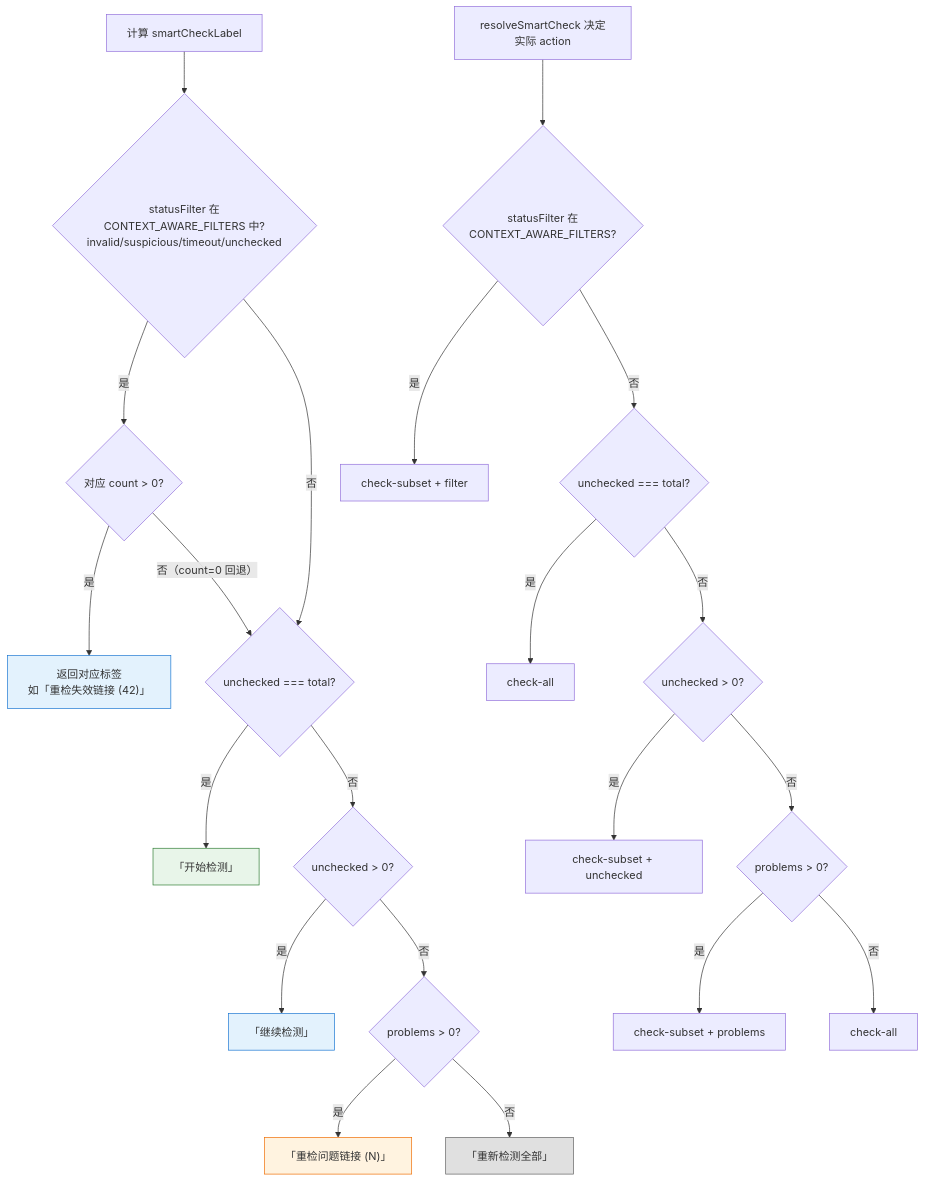
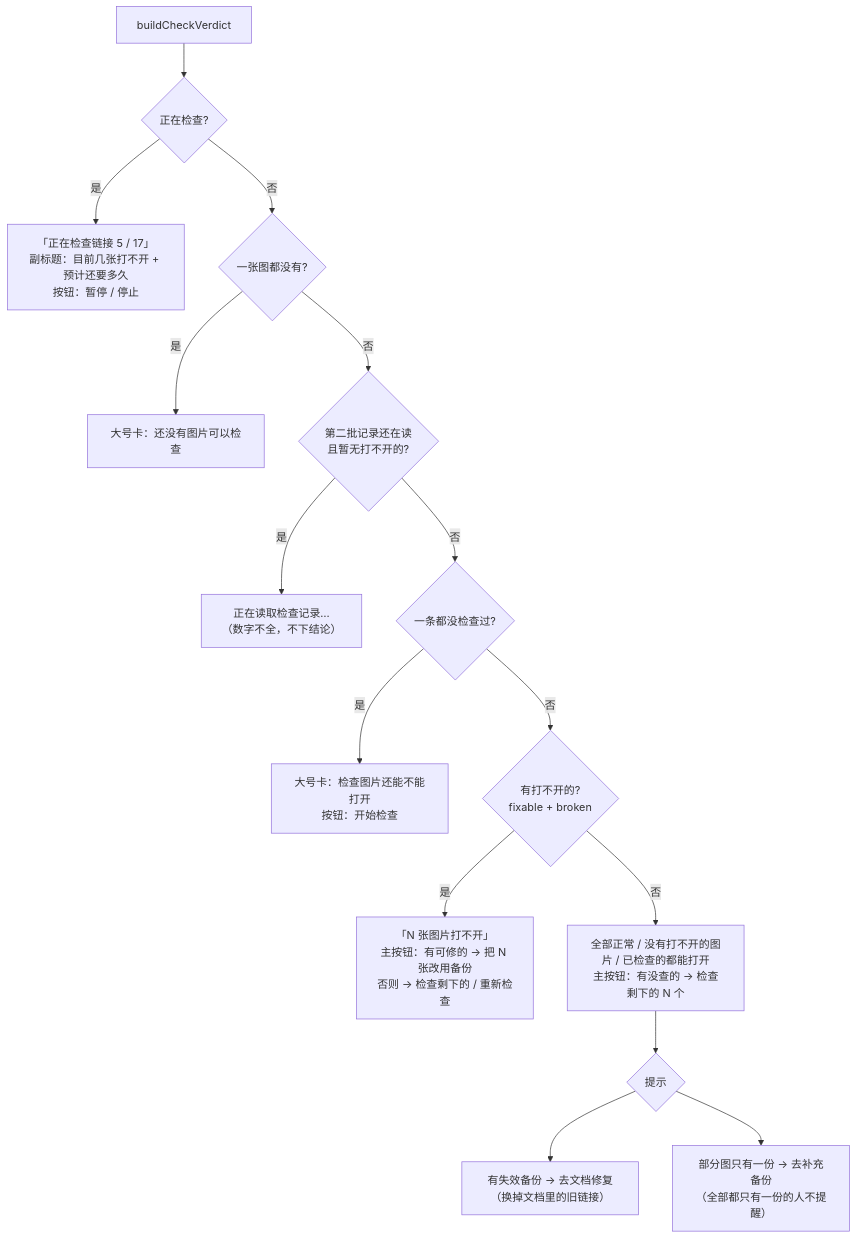
The fourth of 5 diagrams in docs/flows/link-check-flow.md (joeyliu6/PicNexus), drawn with Mermaid before and after one commit. The commit also changed other lines of this file and 1 other file, not shown here.

First line of the commit message:
docs(link-check): describe the per-image list, verdict card and pace

````diff
--- a/docs/flows/link-check-flow.md
+++ b/docs/flows/link-check-flow.md
@@ -388,30 +328,17 @@
 ```mermaid
 flowchart TD
-    A["计算 smartCheckLabel"] --> B{statusFilter 在<br/>CONTEXT_AWARE_FILTERS 中?<br/>invalid/suspicious/timeout/unchecked}
-    B -- 是 --> B2{对应 count > 0?}
-    B2 -- 是 --> C["返回对应标签<br/>如「重检失效链接 (42)」"]
-    B2 -- "否（count=0 回退）" --> D
-    B -- 否 --> D{unchecked === total?}
-    D -- 是 --> E["「开始检测」"]
-    D -- 否 --> F{unchecked > 0?}
-    F -- 是 --> G["「继续检测」"]
-    F -- 否 --> H{problems > 0?}
-    H -- 是 --> I["「重检问题链接 (N)」"]
-    H -- 否 --> J["「重新检测全部」"]
-
-    K["resolveSmartCheck 决定实际 action"] --> L{statusFilter 在<br/>CONTEXT_AWARE_FILTERS?}
-    L -- 是 --> L1["check-subset + filter"]
-    L -- 否 --> M{unchecked === total?}
-    M -- 是 --> M1["check-all"]
-    M -- 否 --> N{unchecked > 0?}
-    N -- 是 --> N1["check-subset + unchecked"]
-    N -- 否 --> O{problems > 0?}
-    O -- 是 --> O1["check-subset + problems"]
-    O -- 否 --> O2["check-all"]
-
-    style C fill:#e3f2fd,stroke:#1976d2
-    style E fill:#e8f5e9,stroke:#2e7d32
-    style G fill:#e3f2fd,stroke:#1976d2
-    style I fill:#fff3e0,stroke:#ef6c00
-    style J fill:#e0e0e0,stroke:#616161
+    A[buildCheckVerdict] --> R{正在检查?}
+    R -- 是 --> R1["「正在检查链接 5 / 17」<br/>副标题：目前几张打不开 + 预计还要多久<br/>按钮：暂停 / 停止"]
+    R -- 否 --> E{一张图都没有?}
+    E -- 是 --> E1["大号卡：还没有图片可以检查"]
+    E -- 否 --> L{第二批记录还在读<br/>且暂无打不开的?}
+    L -- 是 --> L1["正在读取检查记录…<br/>（数字不全，不下结论）"]
+    L -- 否 --> N{一条都没检查过?}
+    N -- 是 --> N1["大号卡：检查图片还能不能打开<br/>按钮：开始检查"]
+    N -- 否 --> P{有打不开的?<br/>fixable + broken}
+    P -- 是 --> P1["「N 张图片打不开」<br/>主按钮：有可修的 → 把 N 张改用备份<br/>否则 → 检查剩下的 / 重新检查"]
+    P -- 否 --> O["全部正常 / 没有打不开的图片 / 已检查的都能打开<br/>主按钮：有没查的 → 检查剩下的 N 个"]
+    O --> H{提示}
+    H --> H1["有失效备份 → 去文档修复（换掉文档里的旧链接）"]
+    H --> H2["部分图只有一份 → 去补充备份<br/>（全部都只有一份的人不提醒）"]
 ```
````
